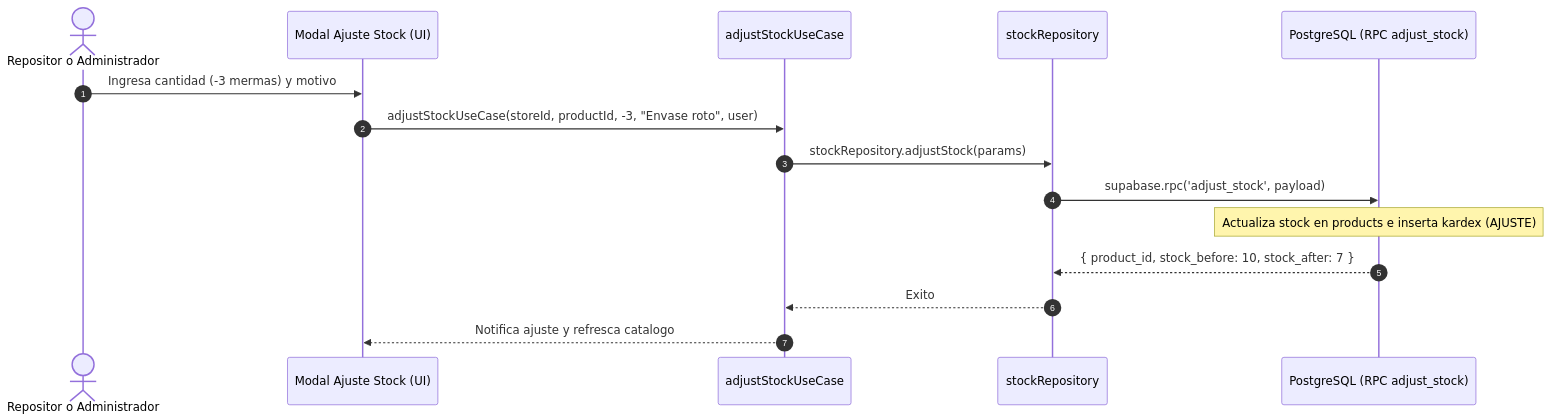
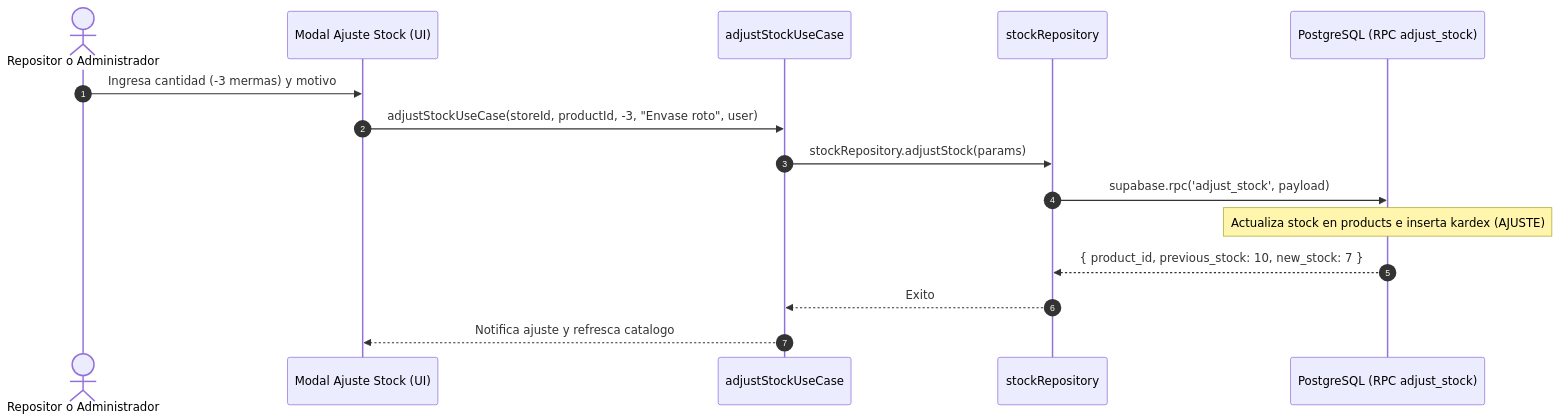
The fourth of 9 diagrams in docs/documentacion/06-flujos.md (emircruzm/Rentabill), drawn with Mermaid before and after one commit. The commit also changed other lines of this file and 24 other files, not shown here.

````diff
--- a/docs/documentacion/06-flujos.md
+++ b/docs/documentacion/06-flujos.md
@@ -86,18 +86,18 @@
 ```mermaid
 sequenceDiagram
     autonumber
     actor Almacen as Repositor o Administrador
     participant Modal as Modal Ajuste Stock (UI)
     participant UC as adjustStockUseCase
     participant Repo as stockRepository
     participant DB as PostgreSQL (RPC adjust_stock)
 
     Almacen->>Modal: Ingresa cantidad (-3 mermas) y motivo
     Modal->>UC: adjustStockUseCase(storeId, productId, -3, "Envase roto", user)
     UC->>Repo: stockRepository.adjustStock(params)
     Repo->>DB: supabase.rpc('adjust_stock', payload)
     Note over DB: Actualiza stock en products e inserta kardex (AJUSTE)
-    DB-->>Repo: { product_id, stock_before: 10, stock_after: 7 }
+    DB-->>Repo: { product_id, previous_stock: 10, new_stock: 7 }
     Repo-->>UC: Exito
     UC-->>Modal: Notifica ajuste y refresca catalogo
 ```
````
